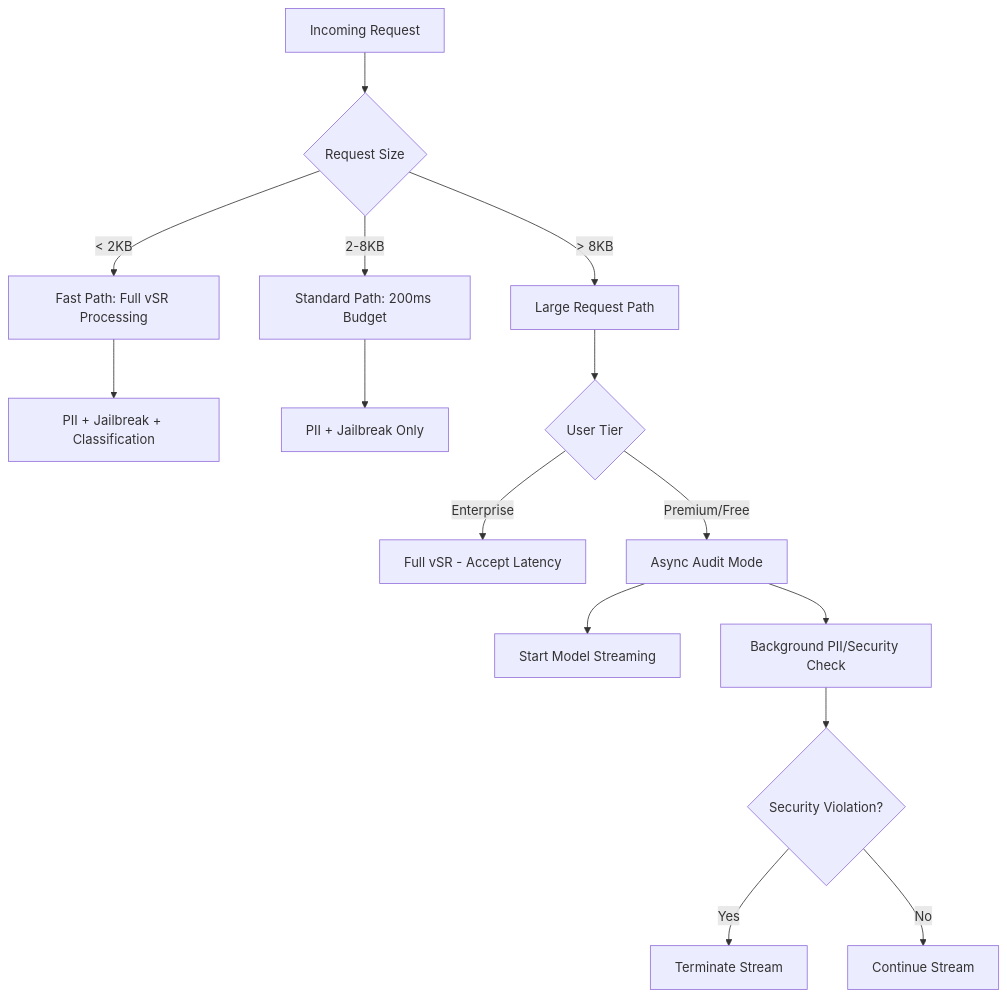
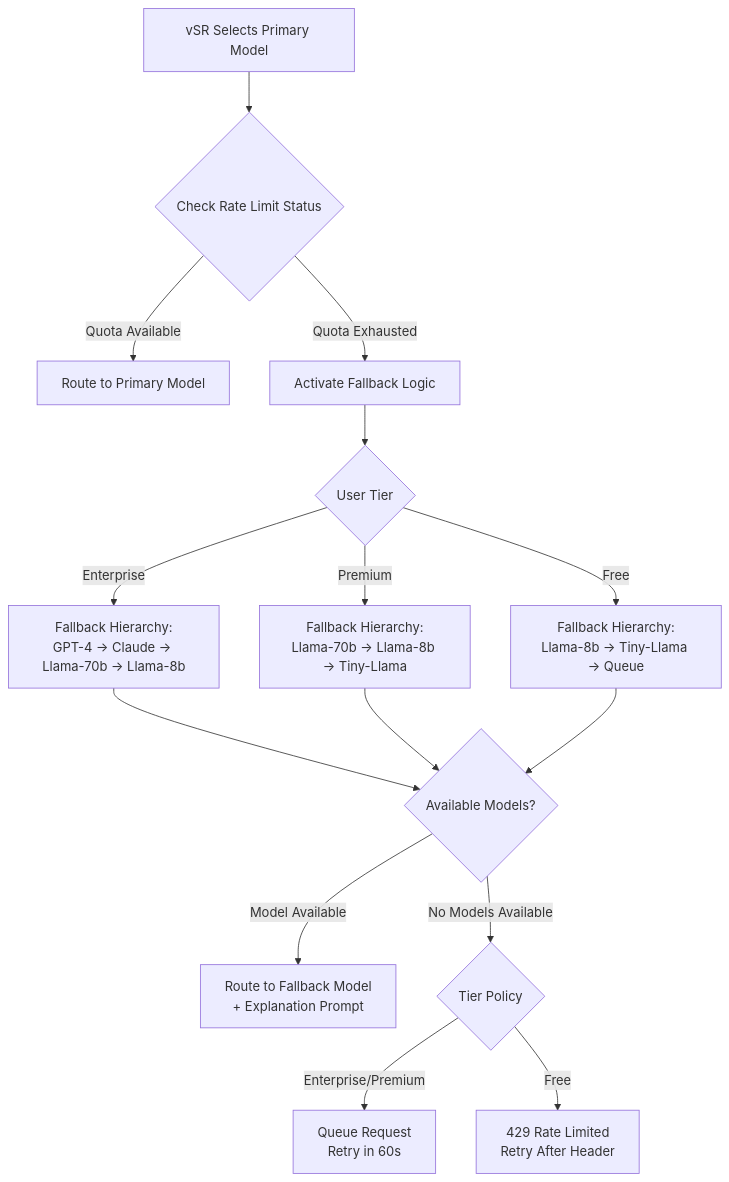
Before and after one commit to noyitz/maas-billing: diagram 15 of 15 in docs/designs/vSR-Integration/README.md, drawn with Mermaid. The commit also changed other lines of this file, not shown here.

````diff
--- a/docs/designs/vSR-Integration/README.md
+++ b/docs/designs/vSR-Integration/README.md
@@ -517,20 +551,21 @@
 ```mermaid
 flowchart TD
-    Request[Incoming Request] --> SizeCheck{Request Size}
-    SizeCheck -->|< 2KB| FastPath[Fast Path: Full vSR Processing]
-    SizeCheck -->|2-8KB| StandardPath[Standard Path: 200ms Budget]
-    SizeCheck -->|> 8KB| LargePath[Large Request Path]
+    ModelSelect[vSR Selects Primary Model] --> QuotaCheck{Check Rate Limit Status}
+    QuotaCheck -->|Quota Available| PrimaryRoute[Route to Primary Model]
+    QuotaCheck -->|Quota Exhausted| FallbackLogic[Activate Fallback Logic]
     
-    FastPath --> FullvSR[PII + Jailbreak + Classification]
-    StandardPath --> LimitedvSR[PII + Jailbreak Only]
-    LargePath --> TierCheck{User Tier}
+    FallbackLogic --> TierCheck{User Tier}
+    TierCheck -->|Enterprise| Enterprise[Fallback Hierarchy:<br/>GPT-4 → Claude → Llama-70b → Llama-8b]
+    TierCheck -->|Premium| Premium[Fallback Hierarchy:<br/>Llama-70b → Llama-8b → Tiny-Llama]
+    TierCheck -->|Free| Free[Fallback Hierarchy:<br/>Llama-8b → Tiny-Llama → Queue]
     
-    TierCheck -->|Enterprise| BlockingvSR[Full vSR - Accept Latency]
-    TierCheck -->|Premium/Free| AsyncAudit[Async Audit Mode]
+    Enterprise --> FallbackCheck{Available Models?}
+    Premium --> FallbackCheck
+    Free --> FallbackCheck
     
-    AsyncAudit --> StreamStart[Start Model Streaming]
-    AsyncAudit --> BackgroundvSR[Background PII/Security Check]
-    BackgroundvSR --> TerminateStream{Security Violation?}
-    TerminateStream -->|Yes| StreamKill[Terminate Stream]
-    TerminateStream -->|No| ContinueStream[Continue Stream]
+    FallbackCheck -->|Model Available| FallbackRoute[Route to Fallback Model<br/>+ Explanation Prompt]
+    FallbackCheck -->|No Models Available| QueueOrDeny{Tier Policy}
+    
+    QueueOrDeny -->|Enterprise/Premium| QueueRequest[Queue Request<br/>Retry in 60s]
+    QueueOrDeny -->|Free| DenyRequest[429 Rate Limited<br/>Retry After Header]
 ```
````
